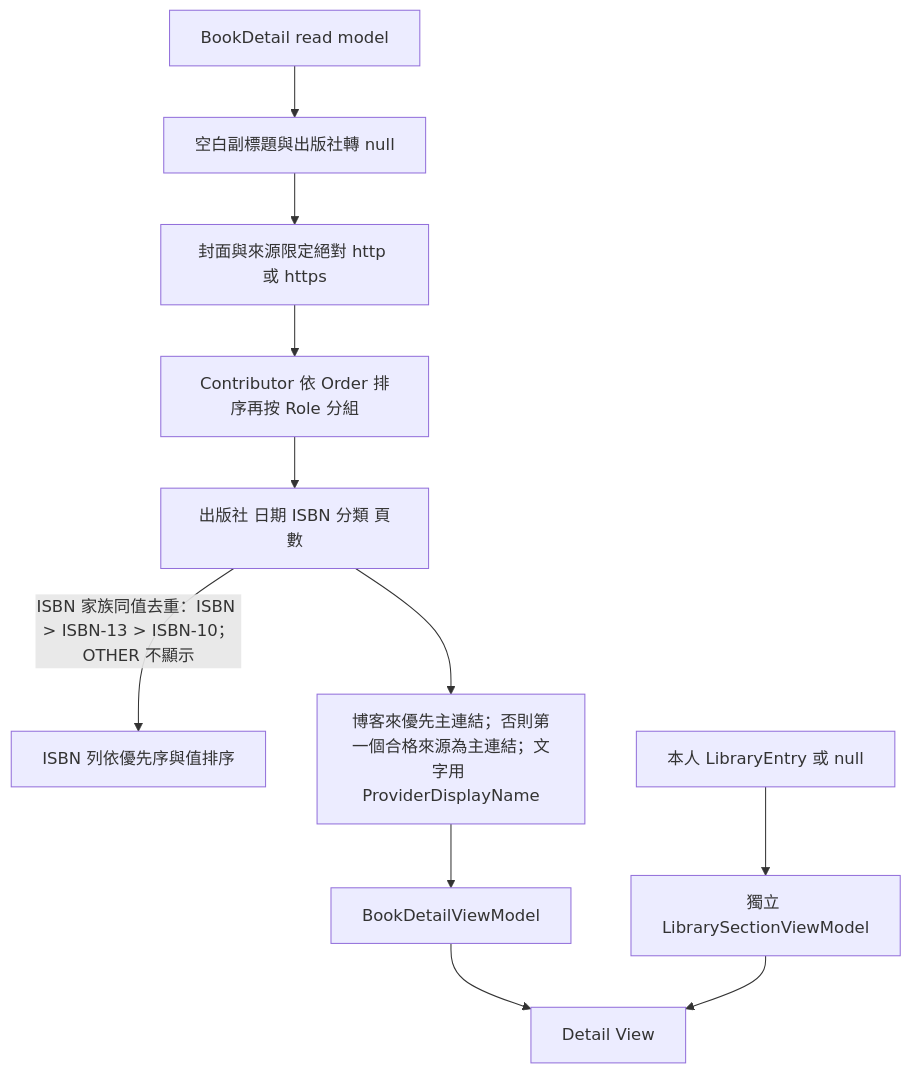
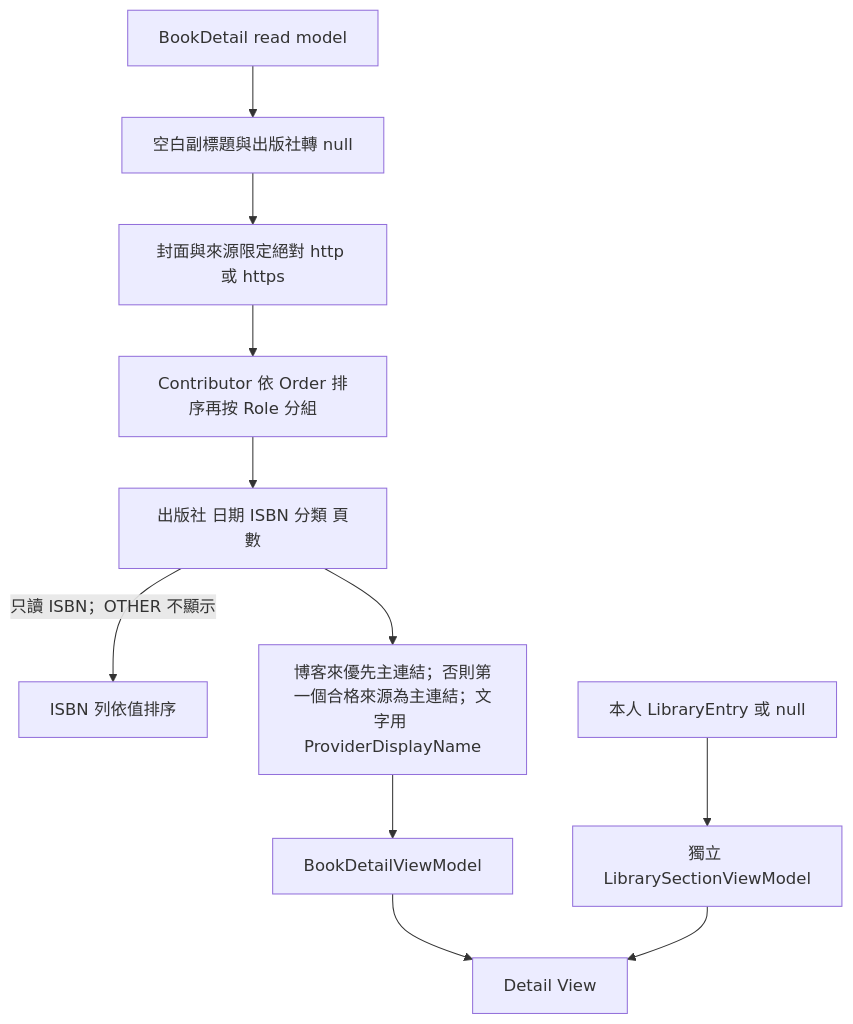
Before and after one commit to Arthur801/Book-Finder: the third of 4 diagrams in Models/docs/workflow-diagram.md, drawn with Mermaid. The commit also changed 23 other files, not shown here.

````diff
--- a/Models/docs/workflow-diagram.md
+++ b/Models/docs/workflow-diagram.md
@@ -74,13 +74,13 @@
 ```mermaid
 flowchart TD
     D[BookDetail read model] --> O[空白副標題與出版社轉 null]
     O --> URL[封面與來源限定絕對 http 或 https]
     URL --> G[Contributor 依 Order 排序再按 Role 分組]
     G --> INFO[出版社 日期 ISBN 分類 頁數]
-    INFO -->|ISBN 家族同值去重：ISBN > ISBN-13 > ISBN-10；OTHER 不顯示| ISBNROWS[ISBN 列依優先序與值排序]
+    INFO -->|只讀 ISBN；OTHER 不顯示| ISBNROWS[ISBN 列依值排序]
     INFO --> LINKS[博客來優先主連結；否則第一個合格來源為主連結；文字用 ProviderDisplayName]
     LINKS --> VM[BookDetailViewModel]
     VM --> VIEW[Detail View]
     L[本人 LibraryEntry 或 null] --> SEC[獨立 LibrarySectionViewModel]
     SEC --> VIEW
 ```
````
